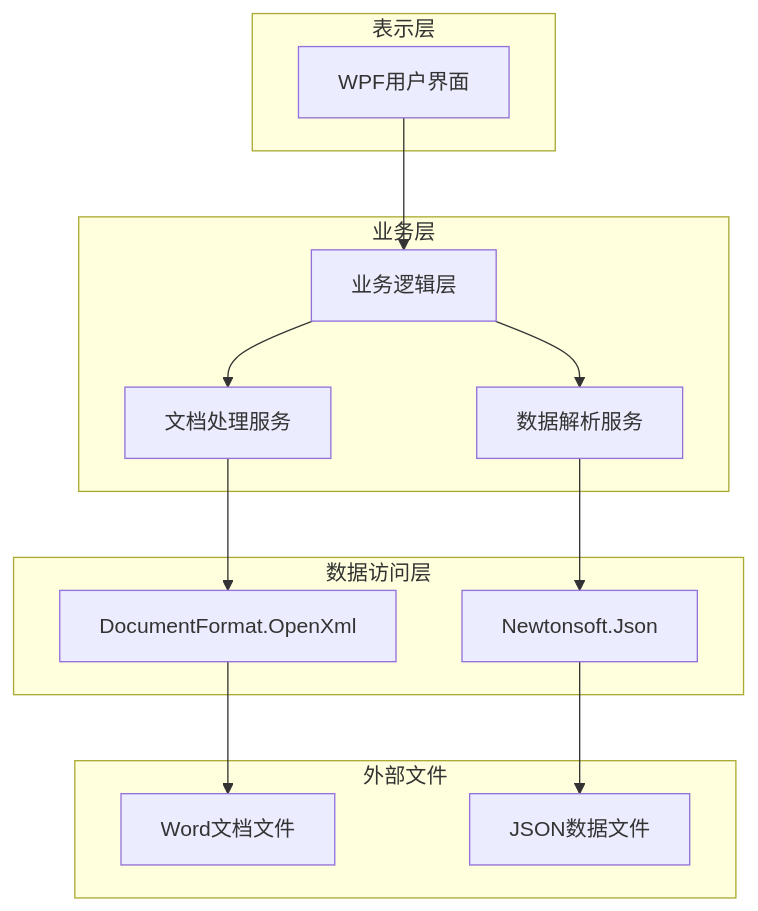
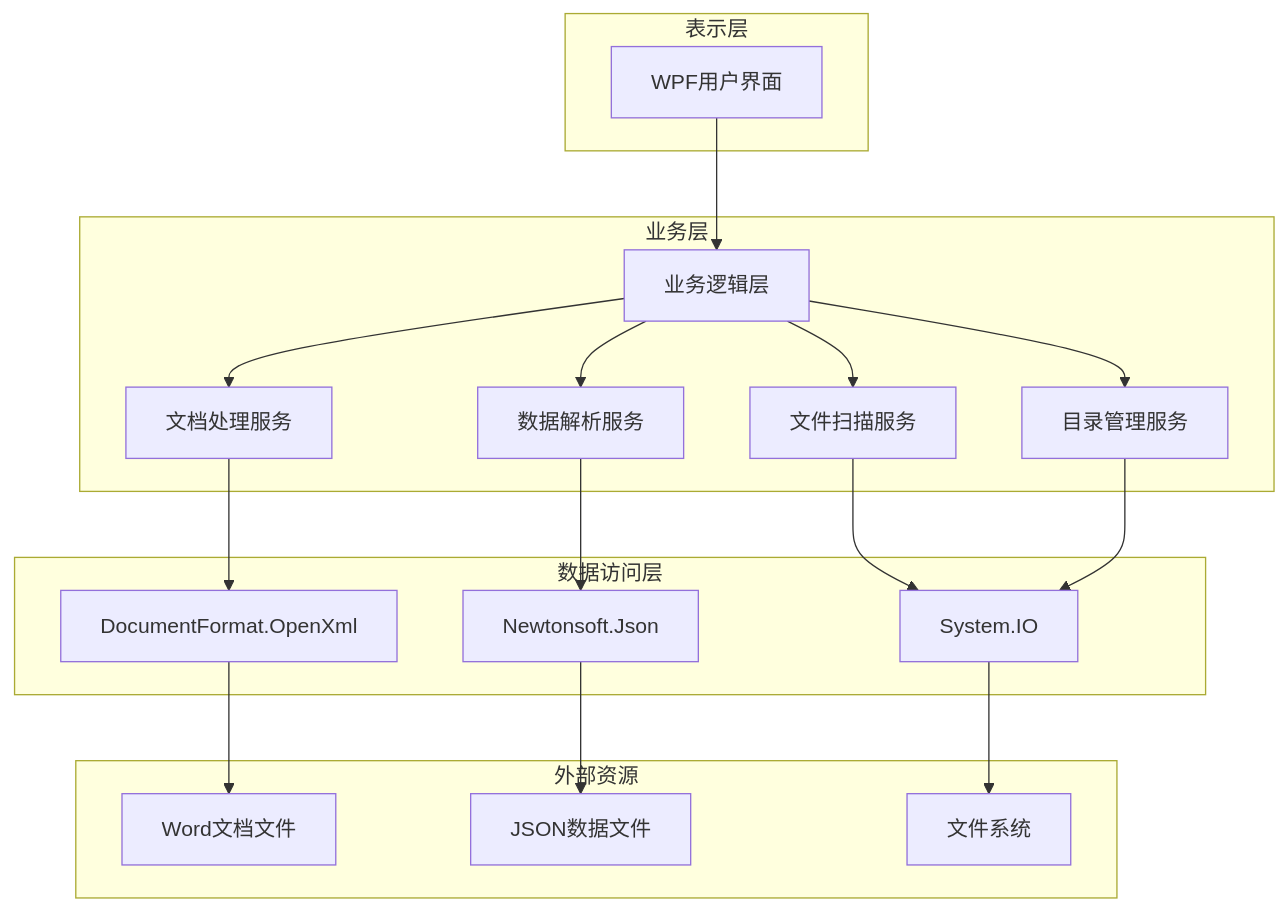
Before and after one commit to allanpk716/docx_replacer: the first of 3 diagrams in .trae/documents/DocuFiller技术架构文档.md, drawn with Mermaid. The commit also changed other lines of this file and 22 other files, not shown here.

````diff
--- a/.trae/documents/DocuFiller技术架构文档.md
+++ b/.trae/documents/DocuFiller技术架构文档.md
@@ -3,30 +3,39 @@
 ```mermaid
 graph TD
     A[WPF用户界面] --> B[业务逻辑层]
     B --> C[文档处理服务]
     B --> D[数据解析服务]
-    C --> E[DocumentFormat.OpenXml]
-    D --> F[Newtonsoft.Json]
-    E --> G[Word文档文件]
-    F --> H[JSON数据文件]
+    B --> E[文件扫描服务]
+    B --> F[目录管理服务]
+    C --> G[DocumentFormat.OpenXml]
+    D --> H[Newtonsoft.Json]
+    E --> I[System.IO]
+    F --> I
+    G --> J[Word文档文件]
+    H --> K[JSON数据文件]
+    I --> L[文件系统]
     
     subgraph "表示层"
         A
     end
     
     subgraph "业务层"
         B
         C
         D
-    end
-    
-    subgraph "数据访问层"
         E
         F
     end
     
-    subgraph "外部文件"
+    subgraph "数据访问层"
         G
         H
+        I
+    end
+    
+    subgraph "外部资源"
+        J
+        K
+        L
     end
 ```
````
